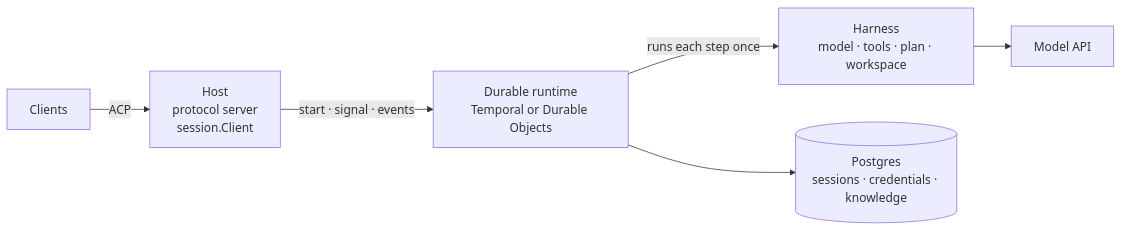
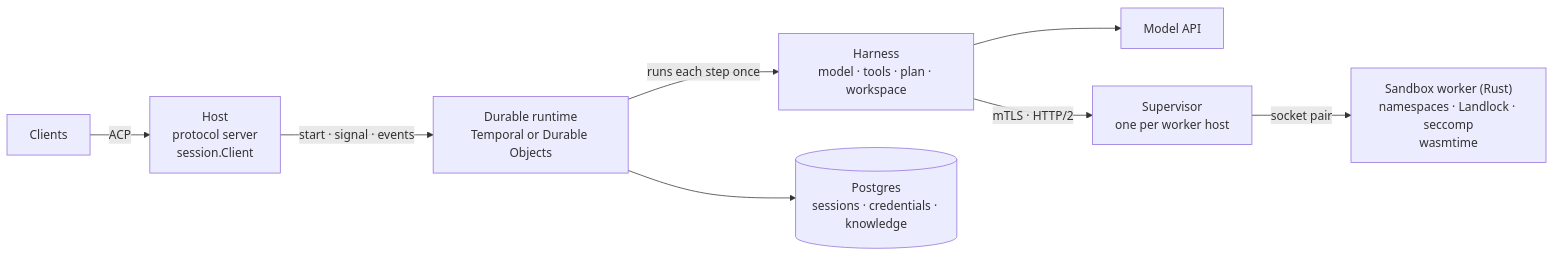
Before and after one commit to Ryanaldo34/tacklr: the diagram in README.md, drawn with Mermaid. The commit also changed other lines of this file and 25 other files, not shown here.

First line of the commit message:
feat(Sandbox): supervisor and Rust worker baseline (#211)

````diff
--- a/README.md
+++ b/README.md
@@ -122,8 +128,10 @@
 ```mermaid
 flowchart LR
     clients["Clients"] -- "ACP" --> host["Host<br/>protocol server<br/>session.Client"]
     host -- "start · signal · events" --> runtime["Durable runtime<br/>Temporal or Durable Objects"]
     runtime -- "runs each step once" --> harness["Harness<br/>model · tools · plan · workspace"]
     harness --> model["Model API"]
     runtime --> stores[("Postgres<br/>sessions · credentials · knowledge")]
+    harness -- "mTLS · HTTP/2" --> supervisor["Supervisor<br/>one per worker host"]
+    supervisor -- "socket pair" --> worker["Sandbox worker (Rust)<br/>namespaces · Landlock · seccomp<br/>wasmtime"]
 ```
````
